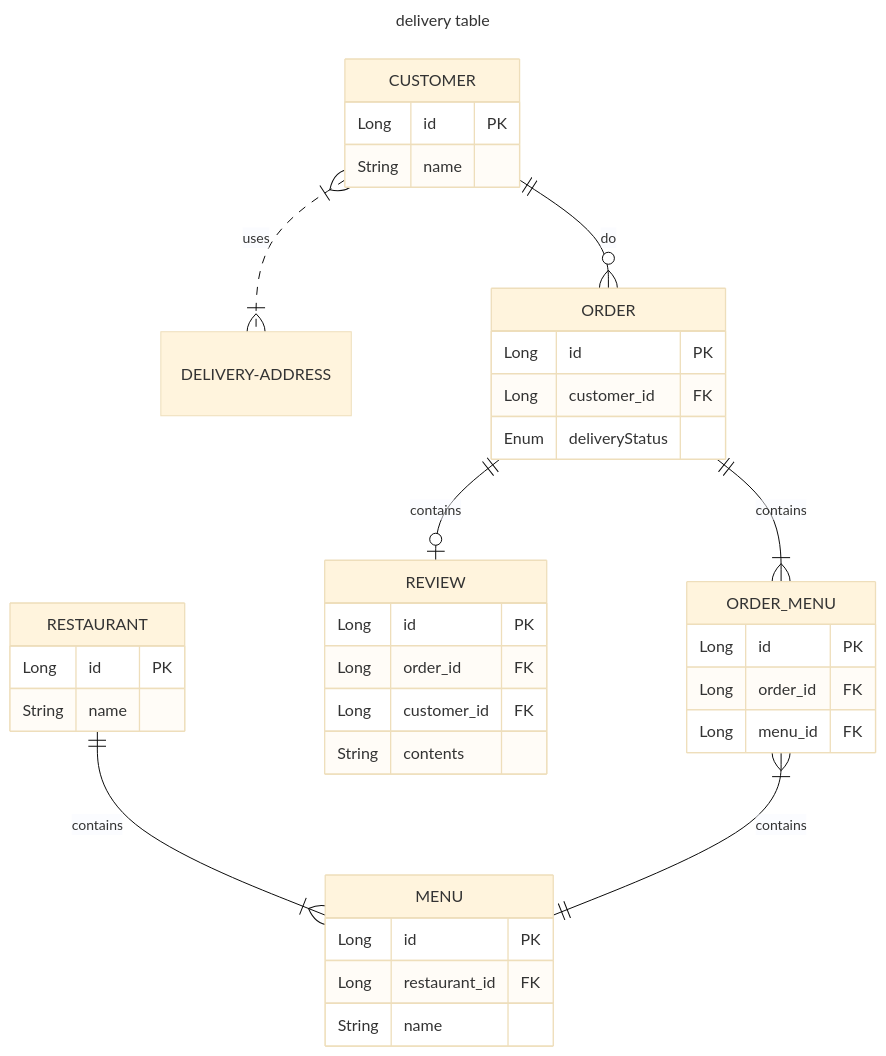
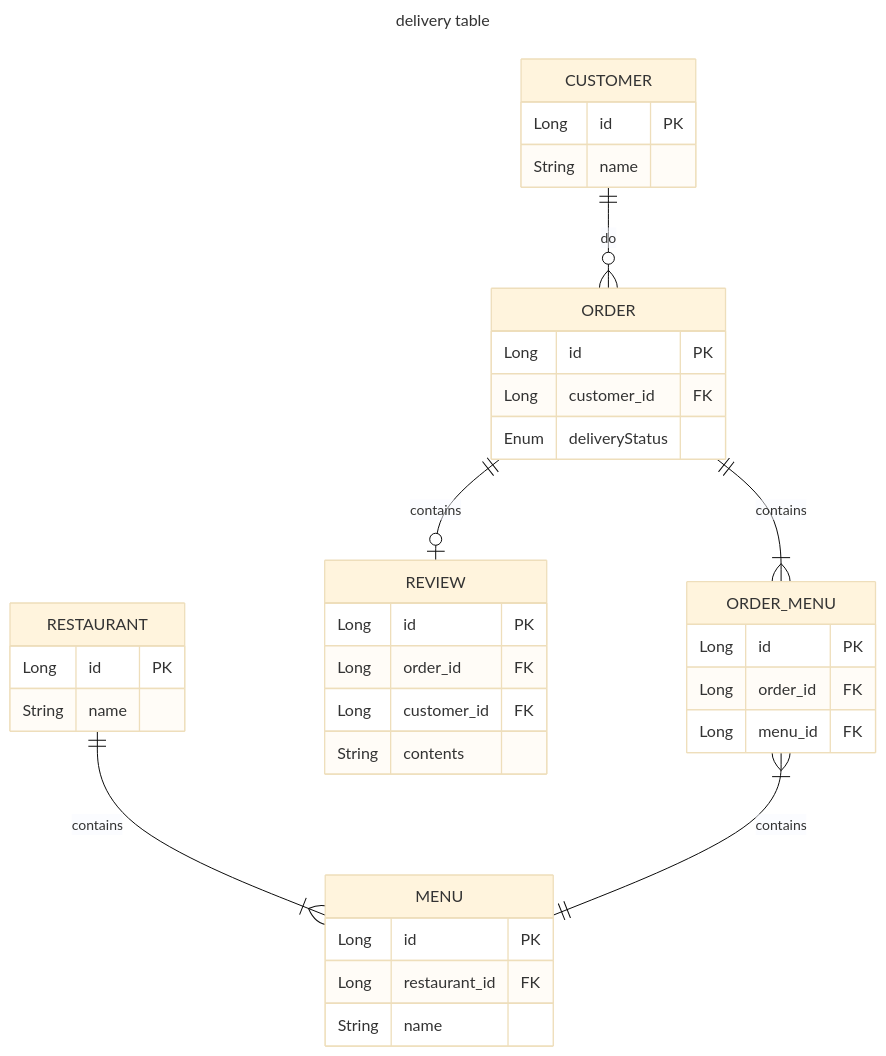
Before and after one commit to songkg7/haril-vault: the diagram in inbox/delivery app sample.md, drawn with Mermaid (base theme). The commit also changed other lines of this file and 1 other file, not shown here.

````diff
--- a/inbox/delivery app sample.md
+++ b/inbox/delivery app sample.md
@@ -28,41 +28,40 @@
 ```mermaid
 ---
 title: delivery table
 ---
 erDiagram
-    CUSTOMER }|..|{ DELIVERY-ADDRESS : uses
     CUSTOMER ||--o{ ORDER : do
     CUSTOMER {
         Long id PK
         String name
     }
     ORDER ||--|{ ORDER_MENU : contains
     ORDER {
         Long id PK
         Long customer_id FK
         Enum deliveryStatus
     }
     ORDER ||--o| REVIEW : contains
     REVIEW {
         Long id PK
         Long order_id FK
         Long customer_id FK
         String contents
     }
     RESTAURANT ||--|{ MENU : contains
     RESTAURANT {
         Long id PK
         String name
     }
     MENU {
         Long id PK
         Long restaurant_id FK
         String name
     }
     ORDER_MENU {
         Long id PK
         Long order_id FK
         Long menu_id FK
     }
     ORDER_MENU }|--|| MENU : contains
 ```
````
